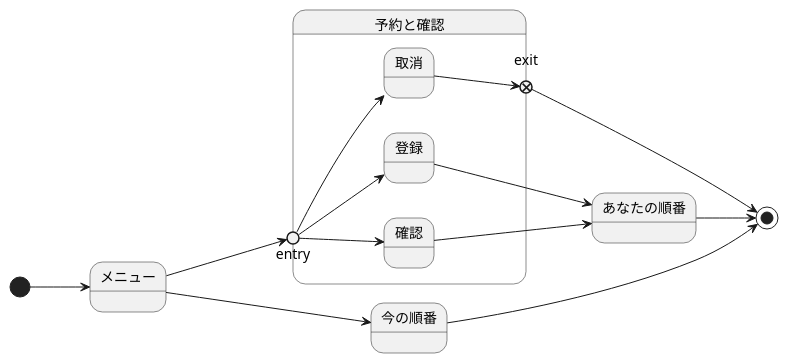
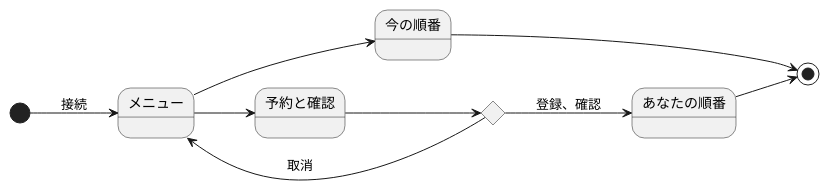
The diagram in 演習6-3_ステートマシン図_診察予約システム.pu (omorirenka/uml-introduction), drawn with PlantUML before and after one commit.

Commit message:
演習6-3_ステートマシン図修正

```diff
--- a/演習6-3_ステートマシン図_診察予約システム.pu
+++ b/演習6-3_ステートマシン図_診察予約システム.pu
@@ -1,19 +1,15 @@
 @startuml
 left to right direction
-[*] --> メニュー
-メニュー ----> 今の順番
-state 予約と確認{
-    state entry <<entryPoint>>
-    state exit <<exitPoint>>
-    entry --> 登録
-    entry --> 確認
-    entry --> 取消
-    取消 --> exit
-}
-メニュー --> entry
-確認 ---> あなたの順番
-登録 ---> あなたの順番
-今の順番 ----> [*]
+[*] --> メニュー : 接続
+メニュー --> 今の順番
+メニュー --> 予約と確認
+state c <<choice>>
+state c <<choice>>
+state c <<choice>>
+予約と確認 --> c
+c --> メニュー : 取消
+c --> あなたの順番 :登録、確認
+
+今の順番 --> [*]
 あなたの順番 --> [*]
-exit ---> [*]
 @enduml
```
